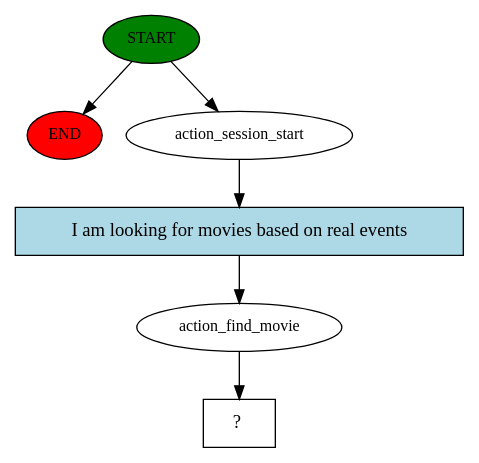
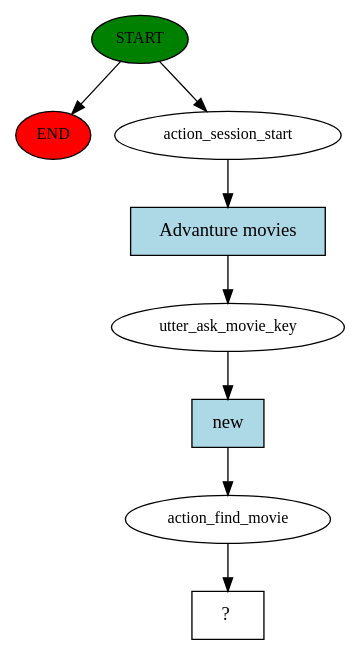
One commit to JJTam/COMP4461-Project2-Rasa-Chatbot changed the diagram in chatbot/story_graph.dot. Above: the diagram before and after it, drawn with Graphviz. The commit also changed 8 other files, not shown here.

Commit message:
FInd movie with keywords

```diff
--- a/chatbot/story_graph.dot
+++ b/chatbot/story_graph.dot
@@ -1,13 +1,17 @@
 digraph  {
 0 [class="start active", fillcolor=green, fontsize=12, label=START, style=filled];
 "-1" [class=end, fillcolor=red, fontsize=12, label=END, style=filled];
 1 [class=active, fontsize=12, label=action_session_start];
-2 [class=active, fontsize=12, label=action_find_movie];
-3 [class="intent dashed active", label="  ?  ", shape=rect];
-4 [class="intent active", fillcolor=lightblue, label="I am looking for movies based on real events", shape=rect, style=filled];
+2 [class=active, fontsize=12, label=utter_ask_movie_key];
+3 [class=active, fontsize=12, label=action_find_movie];
+4 [class="intent dashed active", label="  ?  ", shape=rect];
+5 [class="intent active", fillcolor=lightblue, label="Advanture movies", shape=rect, style=filled];
+6 [class="intent active", fillcolor=lightblue, label=new, shape=rect, style=filled];
 0 -> "-1"  [class="", key=NONE, label=""];
 0 -> 1  [class=active, key=NONE, label=""];
-1 -> 4  [class=active, key=0];
-2 -> 3  [class=active, key=NONE, label=""];
-4 -> 2  [class=active, key=0];
+1 -> 5  [class=active, key=0];
+2 -> 6  [class=active, key=0];
+3 -> 4  [class=active, key=NONE, label=""];
+5 -> 2  [class=active, key=0];
+6 -> 3  [class=active, key=0];
 }
```
